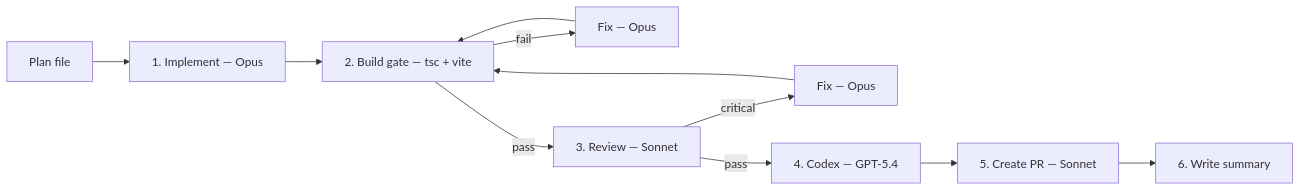
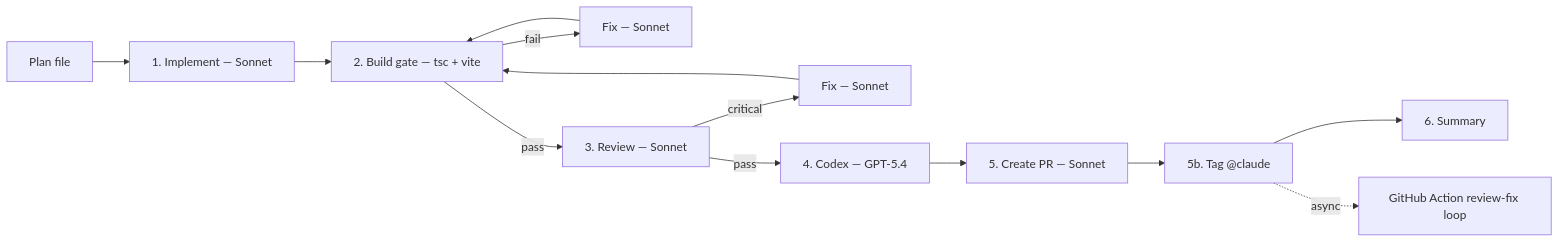
One commit to ilsantino/iago-os changed the second of 2 diagrams in README.md. Above: the diagram before and after it, drawn with Mermaid. The commit also changed other lines of this file and 2 other files, not shown here.

First line of the commit message:
docs: align all pipeline references to 6-stage + async

````diff
--- a/README.md
+++ b/README.md
@@ -231,13 +231,15 @@
 ```mermaid
 flowchart LR
-    Plan[Plan file] --> Impl[1. Implement — Opus]
+    Plan[Plan file] --> Impl[1. Implement — Sonnet]
     Impl --> Build[2. Build gate — tsc + vite]
-    Build -->|fail| Fix[Fix — Opus]
+    Build -->|fail| Fix[Fix — Sonnet]
     Fix --> Build
     Build -->|pass| Review[3. Review — Sonnet]
-    Review -->|critical| Fix2[Fix — Opus]
+    Review -->|critical| Fix2[Fix — Sonnet]
     Fix2 --> Build
     Review -->|pass| Codex[4. Codex — GPT-5.4]
     Codex --> PR[5. Create PR — Sonnet]
-    PR --> Summary[6. Write summary]
+    PR --> Tag[5b. Tag @claude]
+    Tag --> Summary[6. Summary]
+    Tag -.->|async| GHA[GitHub Action review-fix loop]
 ```
````
